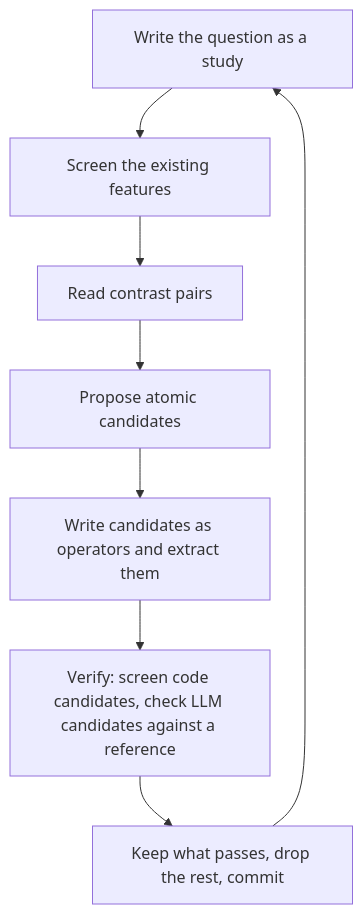
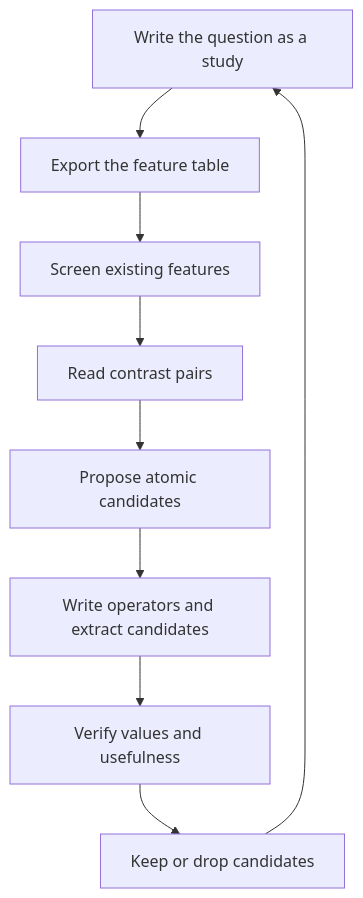
The diagram in .claude/skills/traj-discover/SKILL.md (Lincyaw/rcaa), drawn with Mermaid before and after one commit. The commit also changed other lines of this file and 16 other files, not shown here.

````diff
--- a/.claude/skills/traj-discover/SKILL.md
+++ b/.claude/skills/traj-discover/SKILL.md
@@ -12,10 +10,11 @@
 ```mermaid
 flowchart TD
-    Q[Write the question as a study] --> S[Screen the existing features]
+    Q[Write the question as a study] --> T[Export the feature table]
+    T --> S[Screen existing features]
     S --> P[Read contrast pairs]
     P --> C[Propose atomic candidates]
-    C --> O[Write candidates as operators and extract them]
-    O --> V[Verify: screen code candidates, check LLM candidates against a reference]
-    V --> K[Keep what passes, drop the rest, commit]
+    C --> O[Write operators and extract candidates]
+    O --> V[Verify values and usefulness]
+    V --> K[Keep or drop candidates]
     K --> Q
 ```
````
